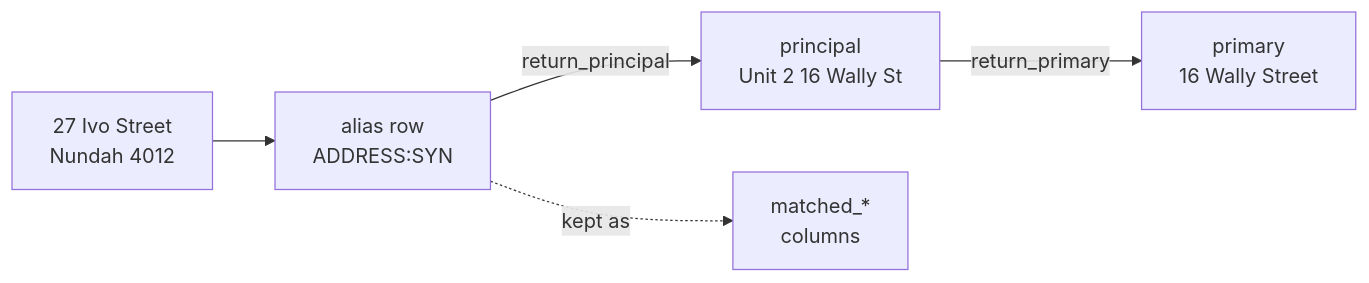
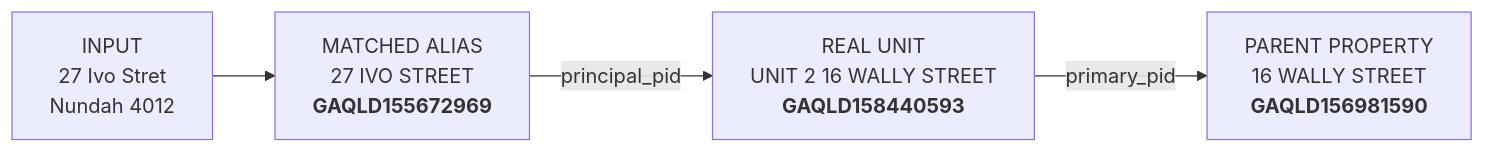
Before and after one commit to KyleHaynes/gnafr: the sixth of 6 diagrams in slides/gnafr-overview.qmd, drawn with Mermaid. The commit also changed other lines of this file and 8 other files, not shown here.

````diff
--- a/slides/gnafr-overview.qmd
+++ b/slides/gnafr-overview.qmd
@@ -265,10 +481,8 @@
 ```{mermaid}
-%%| fig-width: 12
-%%| fig-height: 3
+%%| fig-height: 3.9
 %%{init: {'themeVariables': {'fontSize': '16px'}}}%%
 flowchart LR
-  A["27 Ivo Street<br/>Nundah 4012"] --> B["alias row<br/>ADDRESS:SYN"]
-  B -->|return_principal| C["principal<br/>Unit 2 16 Wally St"]
-  C -->|return_primary| D["primary<br/>16 Wally Street"]
-  B -.->|kept as| E["matched_*<br/>columns"]
+  A["INPUT<br/>27 Ivo Stret<br/>Nundah 4012"] --> B["MATCHED ALIAS<br/>27 IVO STREET<br/><b>GAQLD155672969</b>"]
+  B -->|principal_pid| C["REAL UNIT<br/>UNIT 2 16 WALLY STREET<br/><b>GAQLD158440593</b>"]
+  C -->|primary_pid| D["PARENT PROPERTY<br/>16 WALLY STREET<br/><b>GAQLD156981590</b>"]
 ```
````
